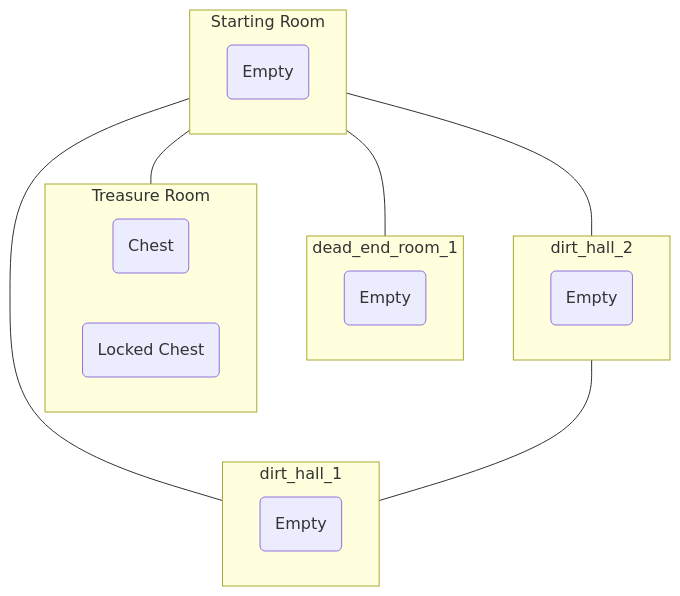
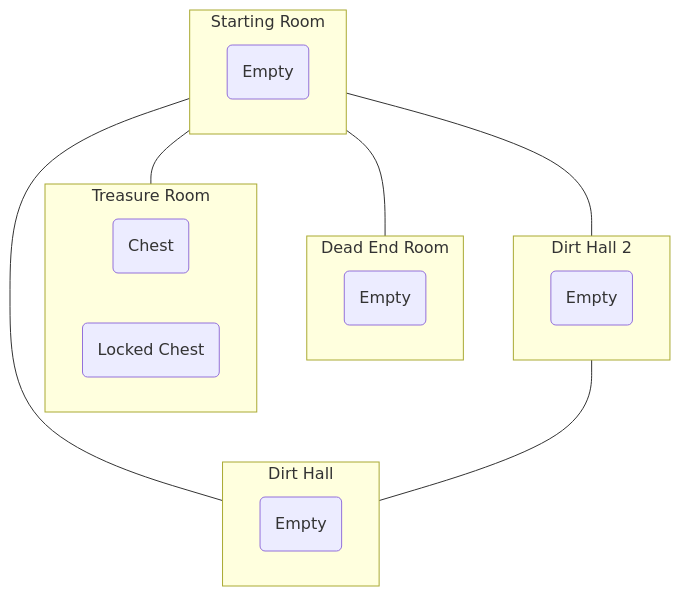
One commit to kjkondratuk/goblins-and-gold changed the diagram in data/worlds/test_world.md. Above: the diagram before and after it, drawn with Mermaid.

Commit message:
add friendly titles

````diff
--- a/data/worlds/test_world.md
+++ b/data/worlds/test_world.md
@@ -10,24 +10,24 @@
 ```mermaid
 flowchart TD
     subgraph starting_room [Starting Room]
         sr_empty(Empty)
     end
     starting_room---dead_end_room_1
-    subgraph dead_end_room_1
+    subgraph dead_end_room_1 [Dead End Room]
         der1_empty(Empty)
     end
     starting_room---treasure_room_1
     subgraph treasure_room_1 [Treasure Room]
         tr1_chest(Chest)
         tr1_locked_chest(Locked Chest)
     end
     starting_room---dirt_hall_2
-    subgraph dirt_hall_2
+    subgraph dirt_hall_2 [Dirt Hall 2]
         dh2_empty(Empty)
     end
     starting_room---dirt_hall_1
-    subgraph dirt_hall_1
+    subgraph dirt_hall_1 [Dirt Hall]
         dh1_empty(Empty)
     end
     dirt_hall_2---dirt_hall_1
 ```
````
